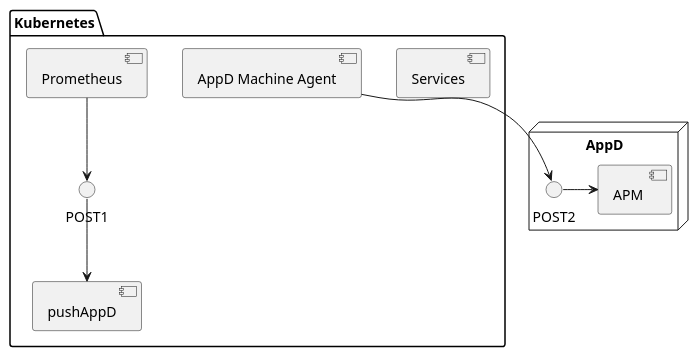
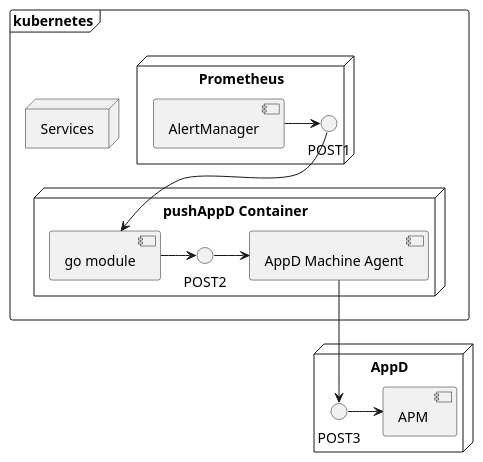
The diagram in block-diagram.puml (cisco-sso/prometheus-appd-webhook), drawn with PlantUML before and after one commit. The commit also changed 2 other files, not shown here.

```diff
--- a/block-diagram.puml
+++ b/block-diagram.puml
@@ -1,16 +1,19 @@
 @startuml
-package "Kubernetes" {
-  [Services]
-  [Prometheus] --> POST1 
-  POST1 --> [pushAppD] 
-  [AppD Machine Agent]
+frame "kubernetes" {
+   node "Services" {
+   }
+   node "Prometheus" {
+     [AlertManager] -> POST1 
+   }  
+   node "pushAppD Container" {
+     [go module]  -> POST2
+     POST2 -> [AppD Machine Agent]
+    }
 }
- 
+node "AppD" {
+  POST3 -> [APM ]
+} 
 
-node "AppD" {
-  POST2 -> [APM ]
- } 
-
-[AppD Machine Agent] --> [POST2] 
-
+POST1 --> [go module] 
+[AppD Machine Agent] --> [POST3] 
 @enduml
```
